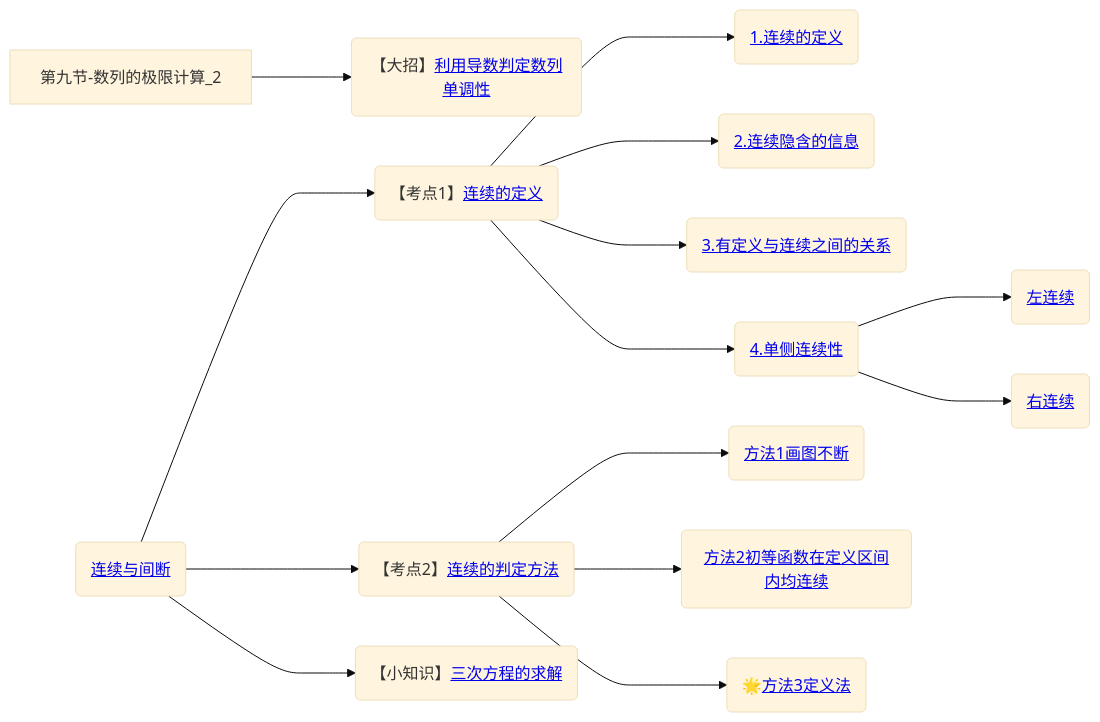
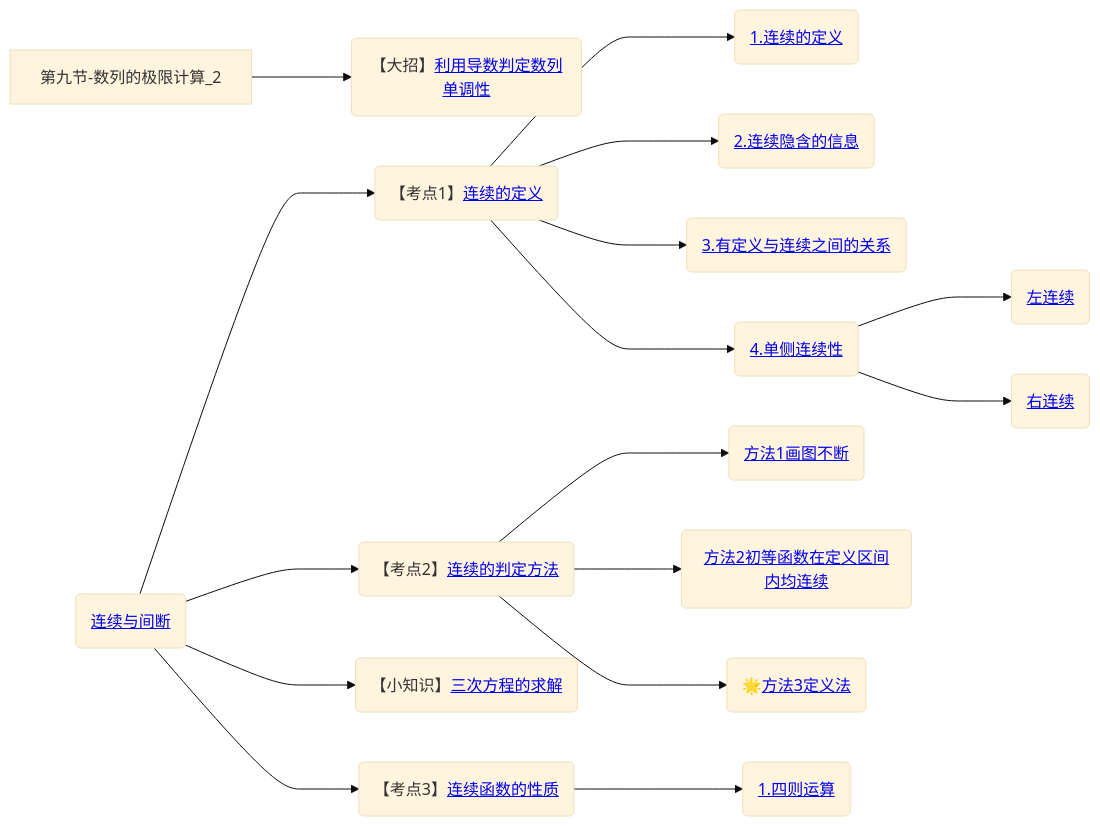
One commit to yuebinghui/note changed the ninth of 9 diagrams in 笔记/数学/周洋鑫/01.基础班思维导图.md. Above: the diagram before and after it, drawn with Mermaid (base theme). The commit also changed 5 other files, not shown here.

````diff
--- a/笔记/数学/周洋鑫/01.基础班思维导图.md
+++ b/笔记/数学/周洋鑫/01.基础班思维导图.md
@@ -352,22 +352,25 @@
 ```mermaid
 graph LR
 第九节-数列的极限计算_2
 
 第九节-数列的极限计算_2--->利用导数判定数列单调性(【大招】<a href="/Users/yuebinghui/Documents/program/github/note/笔记/数学/周洋鑫/基础班/09.数列的极限计算_2.md#利用导数判定数列单调性">利用导数判定数列单调性</>)
 
 连续与间断(<a href="/Users/yuebinghui/Documents/program/github/note/笔记/数学/周洋鑫/基础班/09.数列的极限计算_2.md#连续与间断">连续与间断</>)
 连续与间断--->连续的定义(【考点1】<a href="/Users/yuebinghui/Documents/program/github/note/笔记/数学/周洋鑫/基础班/09.数列的极限计算_2.md#连续的定义">连续的定义</>)
 连续的定义--->1.连续的定义(<a href="/Users/yuebinghui/Documents/program/github/note/笔记/数学/周洋鑫/基础班/09.数列的极限计算_2.md#1.连续的定义">1.连续的定义</>)
 连续的定义--->2.连续隐含的信息(<a href="/Users/yuebinghui/Documents/program/github/note/笔记/数学/周洋鑫/基础班/09.数列的极限计算_2.md#2.连续隐含的信息">2.连续隐含的信息</>)
 连续的定义--->3.有定义与连续之间的关系(<a href="/Users/yuebinghui/Documents/program/github/note/笔记/数学/周洋鑫/基础班/09.数列的极限计算_2.md#3.有定义与连续之间的关系">3.有定义与连续之间的关系</>)
 连续的定义--->4.单侧连续性(<a href="/Users/yuebinghui/Documents/program/github/note/笔记/数学/周洋鑫/基础班/09.数列的极限计算_2.md#4.单侧连续性">4.单侧连续性</>)
 4.单侧连续性--->左连续(<a href="/Users/yuebinghui/Documents/program/github/note/笔记/数学/周洋鑫/基础班/09.数列的极限计算_2.md#左连续">左连续</>)
 4.单侧连续性--->右连续(<a href="/Users/yuebinghui/Documents/program/github/note/笔记/数学/周洋鑫/基础班/09.数列的极限计算_2.md#右连续">右连续</>)
 
 连续与间断--->连续的判定方法(【考点2】<a href="/Users/yuebinghui/Documents/program/github/note/笔记/数学/周洋鑫/基础班/09.数列的极限计算_2.md#连续的判定方法">连续的判定方法</>)
 连续的判定方法--->方法1画图不断(<a href="/Users/yuebinghui/Documents/program/github/note/笔记/数学/周洋鑫/基础班/09.数列的极限计算_2.md#方法1画图不断">方法1画图不断</>)
 连续的判定方法--->方法2初等函数在定义区间内均连续(<a href="/Users/yuebinghui/Documents/program/github/note/笔记/数学/周洋鑫/基础班/09.数列的极限计算_2.md#方法2初等函数在定义区间内均连续">方法2初等函数在定义区间内均连续</>)
 连续的判定方法--->方法3定义法(🌟<a href="/Users/yuebinghui/Documents/program/github/note/笔记/数学/周洋鑫/基础班/09.数列的极限计算_2.md#方法3定义法">方法3定义法</>)
 
 连续与间断--->三次方程的求解(【小知识】<a href="/Users/yuebinghui/Documents/program/github/note/笔记/数学/周洋鑫/基础班/09.数列的极限计算_2.md#三次方程的求解">三次方程的求解</>)
+
+连续与间断--->连续函数的性质(【考点3】<a href="/Users/yuebinghui/Documents/program/github/note/笔记/数学/周洋鑫/基础班/09.数列的极限计算_2.md#连续函数的性质">连续函数的性质</>)
+连续函数的性质--->1.四则运算(<a href="/Users/yuebinghui/Documents/program/github/note/笔记/数学/周洋鑫/基础班/09.数列的极限计算_2.md#1.四则运算">1.四则运算</>)
 ```
````
